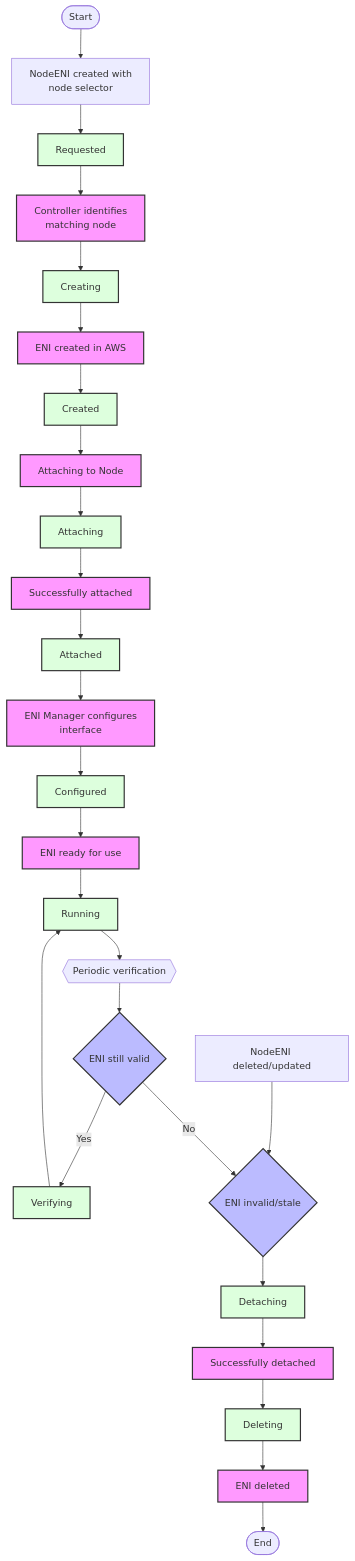
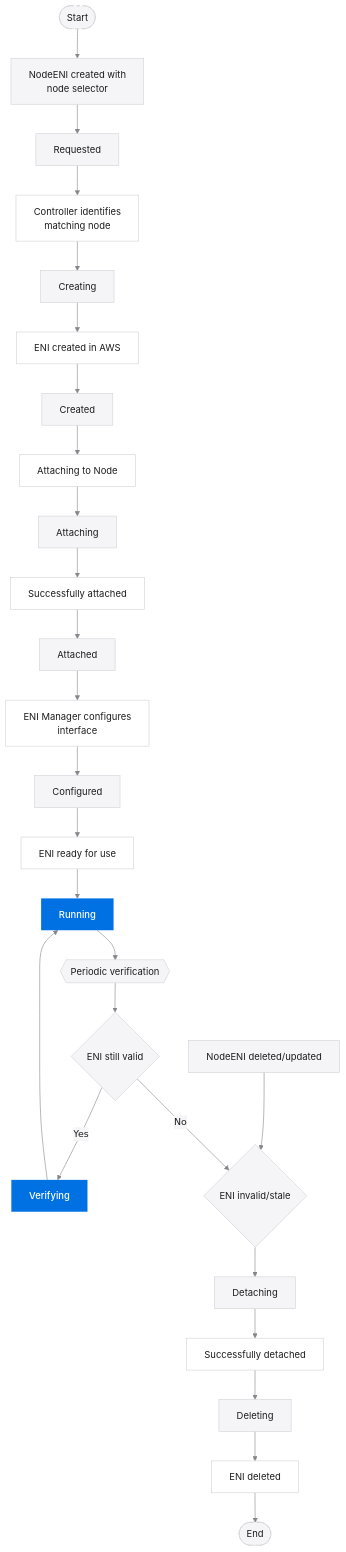
The diagram in docs/diagrams/eni-lifecycle.md (johnlam90/aws-multi-eni-controller), drawn with Mermaid before and after one commit.

Commit message:
Updates ENI lifecycle diagram styling
Improves the visual representation of the ENI lifecycle diagram
by applying a more modern and consistent style, enhancing
readability and aesthetics.

````diff
--- a/docs/diagrams/eni-lifecycle.md
+++ b/docs/diagrams/eni-lifecycle.md
@@ -5,38 +5,61 @@
 ```mermaid
+%%{
+  init: {
+    'theme': 'base',
+    'themeVariables': {
+      'primaryColor': '#f5f5f7',
+      'primaryTextColor': '#1d1d1f',
+      'primaryBorderColor': '#d2d2d7',
+      'lineColor': '#86868b',
+      'secondaryColor': '#f5f5f7',
+      'tertiaryColor': '#e8e8ed'
+    },
+    'flowchart': {
+      'curve': 'basis'
+    }
+  }
+}%%
+
 flowchart TD
     Start([Start]) --> NodeENICreated[NodeENI created with\nnode selector]
     NodeENICreated --> Requested[Requested]
     Requested --> ControllerIdentifies[Controller identifies\nmatching node]
     ControllerIdentifies --> Creating[Creating]
     Creating --> ENICreated[ENI created in AWS]
     ENICreated --> Created[Created]
     Created --> AttachingToNode[Attaching to Node]
     AttachingToNode --> Attaching[Attaching]
     Attaching --> SuccessfullyAttached[Successfully attached]
     SuccessfullyAttached --> Attached[Attached]
     Attached --> ENIManagerConfigures[ENI Manager configures\ninterface]
     ENIManagerConfigures --> Configured[Configured]
     Configured --> ENIReady[ENI ready for use]
     ENIReady --> Running[Running]
-    
+
     Running --> PeriodicVerification{{Periodic verification}}
     PeriodicVerification --> ENIStillValid{ENI still valid}
     ENIStillValid -->|Yes| Verifying[Verifying]
     Verifying --> Running
-    
+
     NodeENIDeleted[NodeENI deleted/updated] --> ENIInvalid{ENI invalid/stale}
     ENIStillValid -->|No| ENIInvalid
     ENIInvalid --> Detaching[Detaching]
     Detaching --> SuccessfullyDetached[Successfully detached]
     SuccessfullyDetached --> Deleting[Deleting]
     Deleting --> ENIDeleted[ENI deleted]
     ENIDeleted --> End([End])
-    
-    classDef process fill:#f9f,stroke:#333,stroke-width:2px;
-    classDef decision fill:#bbf,stroke:#333,stroke-width:2px;
-    classDef state fill:#dfd,stroke:#333,stroke-width:2px;
-    
+
+    %% Apple-like styling
+    classDef default fill:#f5f5f7,stroke:#d2d2d7,stroke-width:1px,color:#1d1d1f,font-family:SF Pro Display,Helvetica,Arial,sans-serif;
+    classDef terminal fill:#f5f5f7,stroke:#d2d2d7,stroke-width:1px,color:#1d1d1f,font-family:SF Pro Display,Helvetica,Arial,sans-serif,stroke-dasharray: 5 5;
+    classDef process fill:#ffffff,stroke:#d2d2d7,stroke-width:1px,color:#1d1d1f;
+    classDef decision fill:#f5f5f7,stroke:#d2d2d7,stroke-width:1px,color:#1d1d1f;
+    classDef state fill:#f5f5f7,stroke:#d2d2d7,stroke-width:1px,color:#1d1d1f;
+    classDef action fill:#0071e3,stroke:none,color:#ffffff,font-weight:500;
+
+    class Start,End terminal;
     class ControllerIdentifies,ENICreated,AttachingToNode,SuccessfullyAttached,ENIManagerConfigures,ENIReady,SuccessfullyDetached,ENIDeleted process;
-    class ENIStillValid,ENIInvalid decision;
-    class Requested,Creating,Created,Attaching,Attached,Configured,Running,Verifying,Detaching,Deleting state;
+    class ENIStillValid,ENIInvalid,PeriodicVerification decision;
+    class Running,Verifying action;
+    class Requested,Creating,Created,Attaching,Attached,Configured,Detaching,Deleting state;
 ```
````
